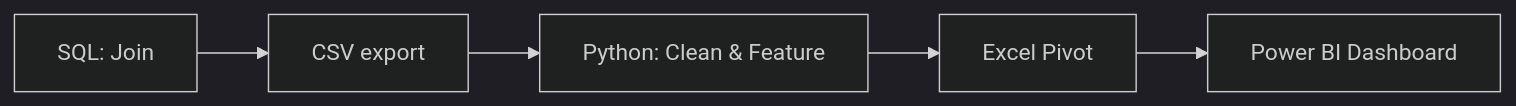
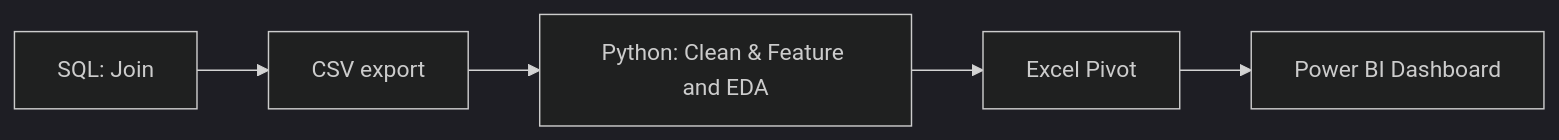
Before and after one commit to new-nithi/ecomerce-analytics: the diagram in README.md, drawn with Mermaid (dark theme). The commit also changed other lines of this file, not shown here.

````diff
--- a/README.md
+++ b/README.md
@@ -21,7 +22,7 @@
 ```mermaid
 flowchart LR
   A[SQL: Join ] --> B[CSV export]
-  B --> C[Python: Clean & Feature]
+  B --> C[Python: Clean & Feature and EDA]
   C --> D[Excel Pivot]
   D --> E[Power BI Dashboard]
 ```
````
